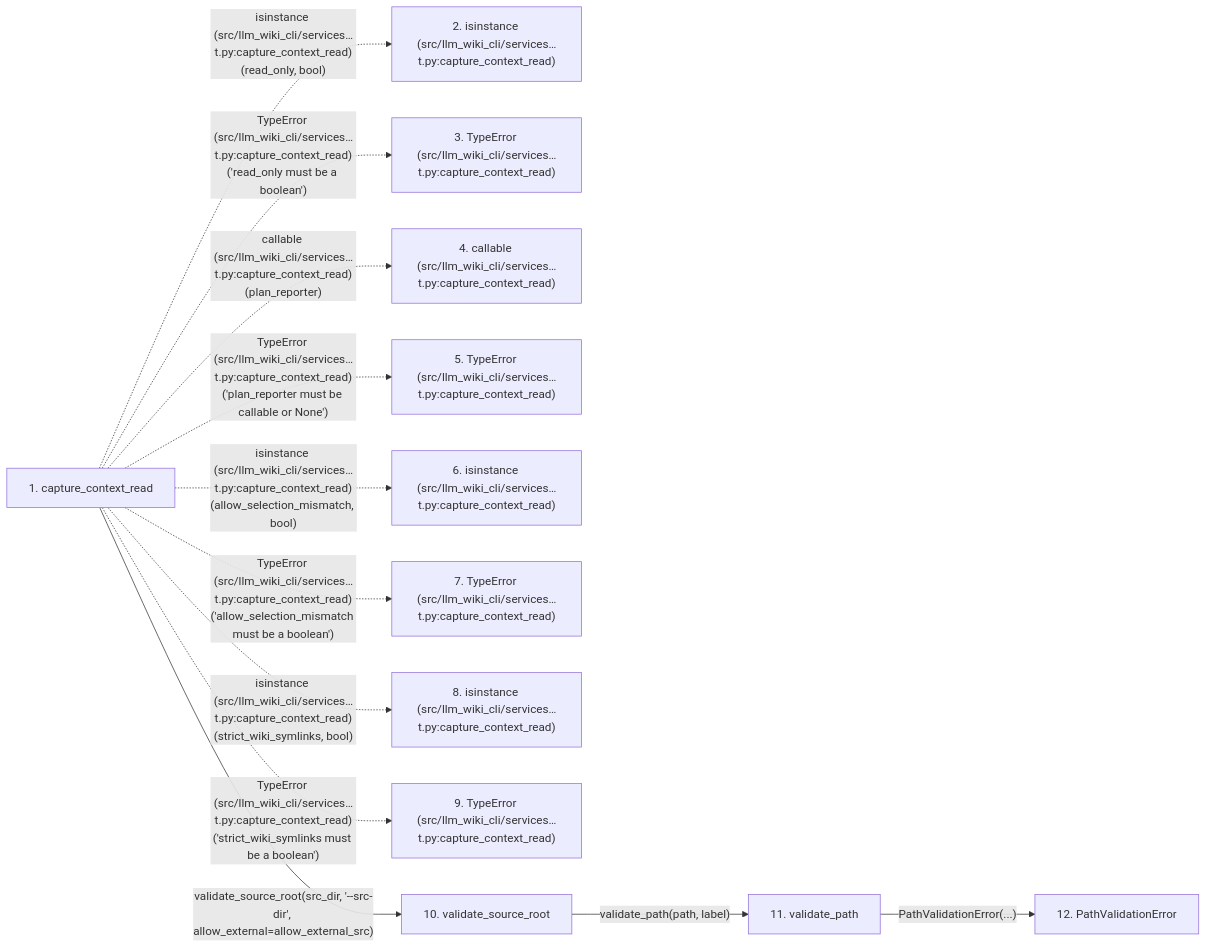
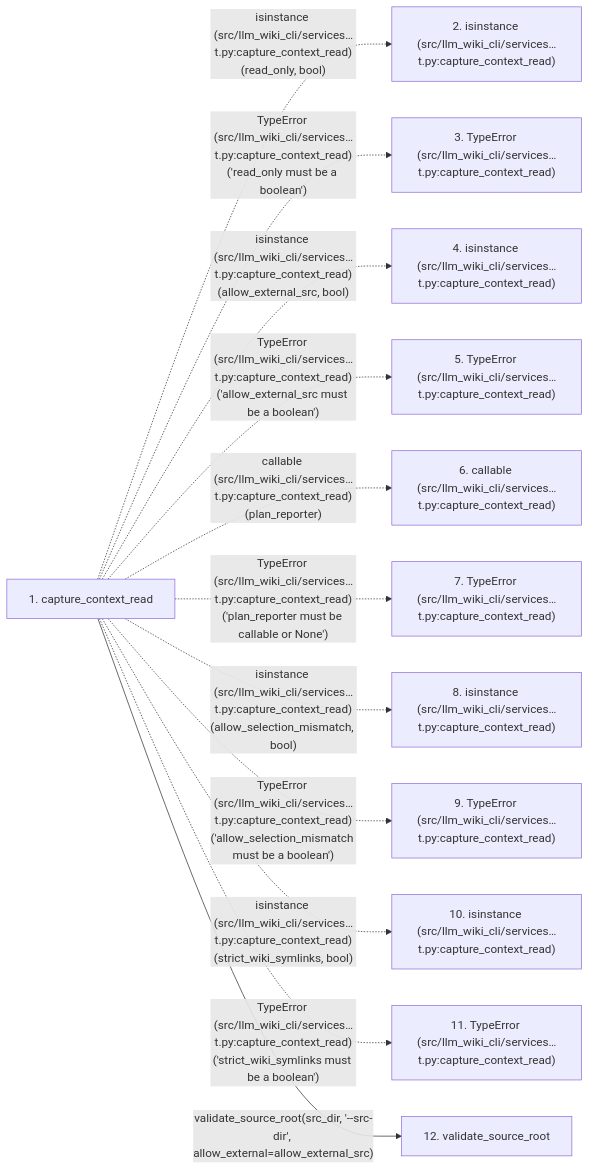
The second of 2 diagrams in docs/llm_wiki/flows/api-capture_context_read.md (Denissvgn/python-wiki-llm), drawn with Mermaid before and after one commit. The commit also changed other lines of this file and 398 other files, not shown here.

````diff
--- a/docs/llm_wiki/flows/api-capture_context_read.md
+++ b/docs/llm_wiki/flows/api-capture_context_read.md
@@ -127,30 +125,28 @@
 ```mermaid
 flowchart LR
     s1["1. capture_context_read"]
     s2["2. isinstance (src/llm_wiki_cli/services…t.py:capture_context_read)"]
     s3["3. TypeError (src/llm_wiki_cli/services…t.py:capture_context_read)"]
-    s4["4. callable (src/llm_wiki_cli/services…t.py:capture_context_read)"]
+    s4["4. isinstance (src/llm_wiki_cli/services…t.py:capture_context_read)"]
     s5["5. TypeError (src/llm_wiki_cli/services…t.py:capture_context_read)"]
-    s6["6. isinstance (src/llm_wiki_cli/services…t.py:capture_context_read)"]
+    s6["6. callable (src/llm_wiki_cli/services…t.py:capture_context_read)"]
     s7["7. TypeError (src/llm_wiki_cli/services…t.py:capture_context_read)"]
     s8["8. isinstance (src/llm_wiki_cli/services…t.py:capture_context_read)"]
     s9["9. TypeError (src/llm_wiki_cli/services…t.py:capture_context_read)"]
-    s10["10. validate_source_root"]
-    s11["11. validate_path"]
-    s12["12. PathValidationError"]
+    s10["10. isinstance (src/llm_wiki_cli/services…t.py:capture_context_read)"]
+    s11["11. TypeError (src/llm_wiki_cli/services…t.py:capture_context_read)"]
+    s12["12. validate_source_root"]
     s1 -. "isinstance (src/llm_wiki_cli/services…t.py:capture_context_read)(read_only, bool)" .-> s2
     s1 -. "TypeError (src/llm_wiki_cli/services…t.py:capture_context_read)('read_only must be a boolean')" .-> s3
-    s1 -. "callable (src/llm_wiki_cli/services…t.py:capture_context_read)(plan_reporter)" .-> s4
-    s1 -. "TypeError (src/llm_wiki_cli/services…t.py:capture_context_read)('plan_reporter must be callable or None')" .-> s5
-    s1 -. "isinstance (src/llm_wiki_cli/services…t.py:capture_context_read)(allow_selection_mismatch, bool)" .-> s6
-    s1 -. "TypeError (src/llm_wiki_cli/services…t.py:capture_context_read)('allow_selection_mismatch must be a boolean')" .-> s7
-    s1 -. "isinstance (src/llm_wiki_cli/services…t.py:capture_context_read)(strict_wiki_symlinks, bool)" .-> s8
-    s1 -. "TypeError (src/llm_wiki_cli/services…t.py:capture_context_read)('strict_wiki_symlinks must be a boolean')" .-> s9
-    s1 -->|"validate_source_root(src_dir, '--src-dir', allow_external=allow_external_src)"| s10
-    s10 -->|"validate_path(path, label)"| s11
-    s11 -->|"PathValidationError(...)"| s12
+    s1 -. "isinstance (src/llm_wiki_cli/services…t.py:capture_context_read)(allow_external_src, bool)" .-> s4
+    s1 -. "TypeError (src/llm_wiki_cli/services…t.py:capture_context_read)('allow_external_src must be a boolean')" .-> s5
+    s1 -. "callable (src/llm_wiki_cli/services…t.py:capture_context_read)(plan_reporter)" .-> s6
+    s1 -. "TypeError (src/llm_wiki_cli/services…t.py:capture_context_read)('plan_reporter must be callable or None')" .-> s7
+    s1 -. "isinstance (src/llm_wiki_cli/services…t.py:capture_context_read)(allow_selection_mismatch, bool)" .-> s8
+    s1 -. "TypeError (src/llm_wiki_cli/services…t.py:capture_context_read)('allow_selection_mismatch must be a boolean')" .-> s9
+    s1 -. "isinstance (src/llm_wiki_cli/services…t.py:capture_context_read)(strict_wiki_symlinks, bool)" .-> s10
+    s1 -. "TypeError (src/llm_wiki_cli/services…t.py:capture_context_read)('strict_wiki_symlinks must be a boolean')" .-> s11
+    s1 -->|"validate_source_root(src_dir, '--src-dir', allow_external=allow_external_src)"| s12
     click s1 "../modules/context_packet.md"
-    click s10 "../modules/config.md"
-    click s11 "../modules/config.md"
     click s12 "../modules/config.md"
 ```
````
